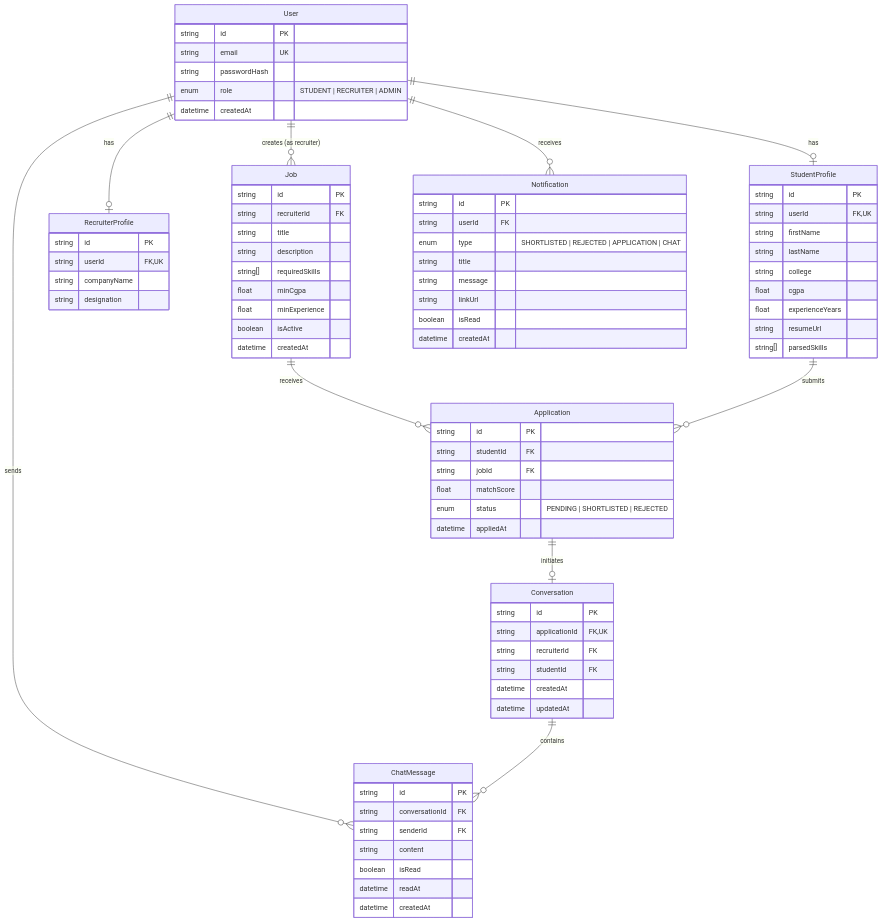
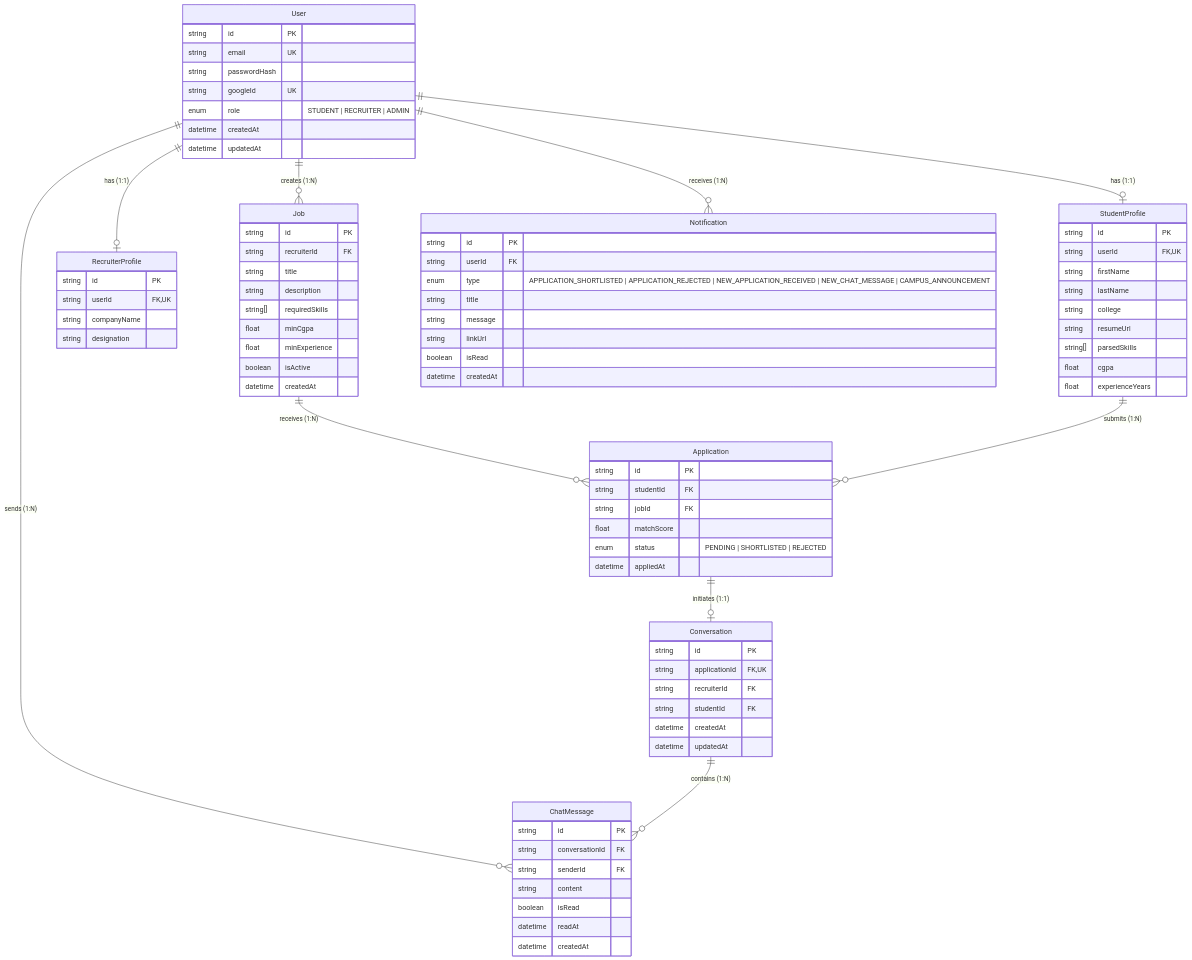
One commit to harshu06969o/Career-Nest changed the second of 2 diagrams in README.md. Above: the diagram before and after it, drawn with Mermaid. The commit also changed other lines of this file and 15 other files, not shown here.

````diff
--- a/README.md
+++ b/README.md
@@ -177,23 +211,25 @@
 ```mermaid
 erDiagram
-    User ||--o| StudentProfile : "has"
-    User ||--o| RecruiterProfile : "has"
-    User ||--o{ Job : "creates (as recruiter)"
-    User ||--o{ ChatMessage : "sends"
-    User ||--o{ Notification : "receives"
+    User ||--o| StudentProfile : "has (1:1)"
+    User ||--o| RecruiterProfile : "has (1:1)"
+    User ||--o{ Job : "creates (1:N)"
+    User ||--o{ ChatMessage : "sends (1:N)"
+    User ||--o{ Notification : "receives (1:N)"
 
-    Job ||--o{ Application : "receives"
-    StudentProfile ||--o{ Application : "submits"
+    Job ||--o{ Application : "receives (1:N)"
+    StudentProfile ||--o{ Application : "submits (1:N)"
     
-    Application ||--o| Conversation : "initiates"
-    Conversation ||--o{ ChatMessage : "contains"
+    Application ||--o| Conversation : "initiates (1:1)"
+    Conversation ||--o{ ChatMessage : "contains (1:N)"
 
     User {
         string id PK
         string email UK
         string passwordHash
+        string googleId UK
         enum role "STUDENT | RECRUITER | ADMIN"
         datetime createdAt
+        datetime updatedAt
     }
 
     StudentProfile {
@@ -202,10 +238,10 @@
         string firstName
         string lastName
         string college
+        string resumeUrl
+        string[] parsedSkills
         float cgpa
         float experienceYears
-        string resumeUrl
-        string[] parsedSkills
     }
 
     RecruiterProfile {
@@ -258,7 +294,7 @@
     Notification {
         string id PK
         string userId FK
-        enum type "SHORTLISTED | REJECTED | APPLICATION | CHAT"
+        enum type "APPLICATION_SHORTLISTED | APPLICATION_REJECTED | NEW_APPLICATION_RECEIVED | NEW_CHAT_MESSAGE | CAMPUS_ANNOUNCEMENT"
         string title
         string message
         string linkUrl
````
